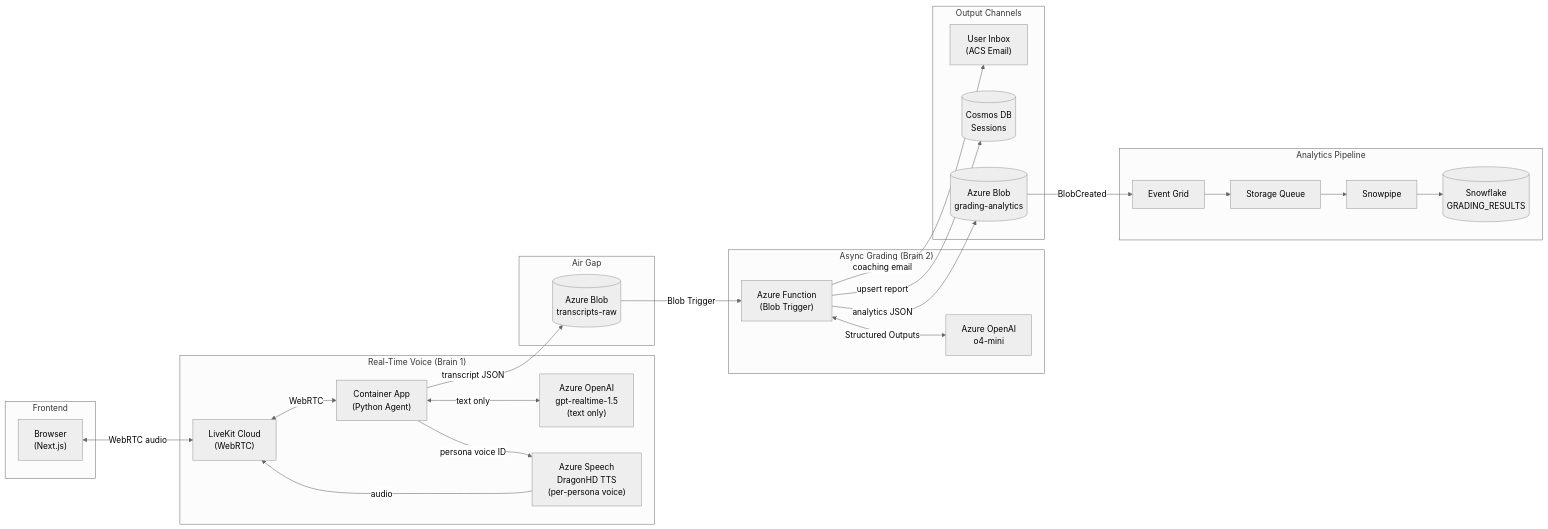
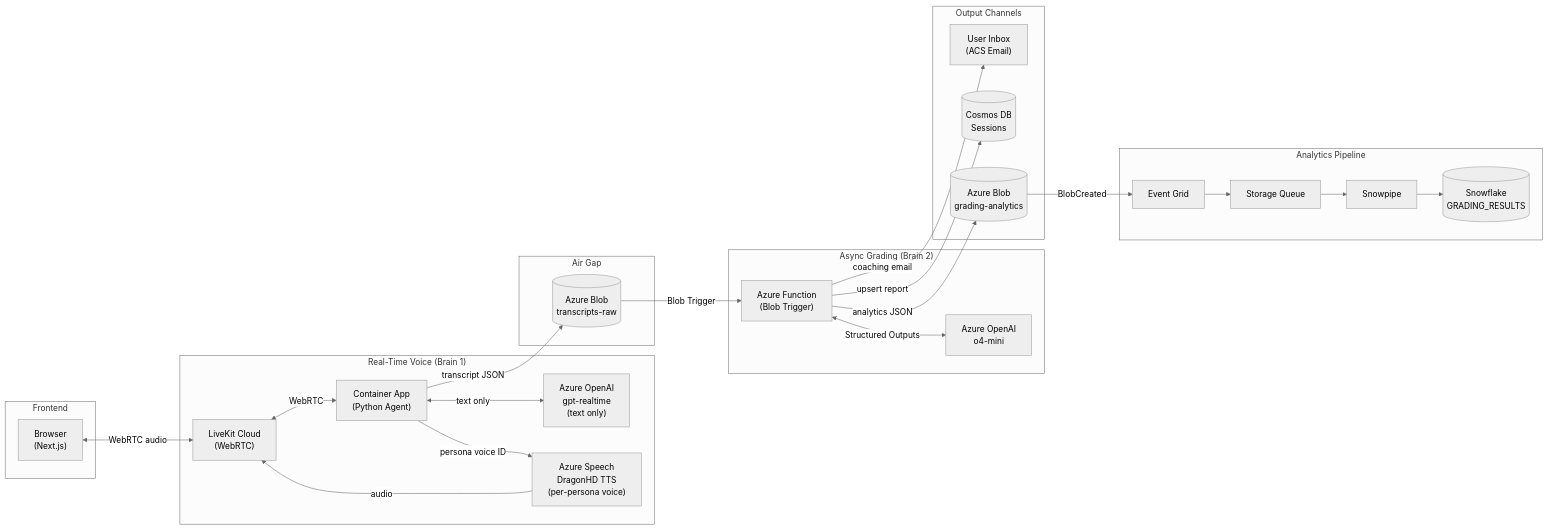
One commit to AIJSAI/pitch-coach-voice-ai-showcase changed the diagram in README.md. Above: the diagram before and after it, drawn with Mermaid (neutral theme). The commit also changed other lines of this file, not shown here.

````diff
--- a/README.md
+++ b/README.md
@@ -26,51 +26,51 @@
 ```mermaid
 flowchart LR
     subgraph Frontend
         User["Browser\n(Next.js)"]
     end
 
     subgraph Voice["Real-Time Voice (Brain 1)"]
         LK["LiveKit Cloud\n(WebRTC)"]
         B1["Container App\n(Python Agent)"]
-        RT["Azure OpenAI\ngpt-realtime-1.5\n(text only)"]
+        RT["Azure OpenAI\ngpt-realtime\n(text only)"]
         TTS["Azure Speech\nDragonHD TTS\n(per-persona voice)"]
     end
 
     subgraph AirGap["Air Gap"]
         Blob[(Azure Blob\ntranscripts-raw)]
     end
 
     subgraph Grading["Async Grading (Brain 2)"]
         B2["Azure Function\n(Blob Trigger)"]
         O4["Azure OpenAI\no4-mini"]
     end
 
     subgraph Output["Output Channels"]
         Email["User Inbox\n(ACS Email)"]
         Cosmos[(Cosmos DB\nSessions)]
         Analytics[(Azure Blob\ngrading-analytics)]
     end
 
     subgraph DP["Analytics Pipeline"]
         EG["Event Grid"]
         SQ["Storage Queue"]
         SP["Snowpipe"]
         SF[("Snowflake\nGRADING_RESULTS")]
     end
 
     User <-->|WebRTC audio| LK
     LK <-->|WebRTC| B1
     B1 <-->|text only| RT
     B1 -->|persona voice ID| TTS
     TTS -->|audio| LK
     B1 -->|transcript JSON| Blob
     Blob -->|Blob Trigger| B2
     B2 <-->|Structured Outputs| O4
     B2 -->|coaching email| Email
     B2 -->|upsert report| Cosmos
     B2 -->|analytics JSON| Analytics
     Analytics -->|BlobCreated| EG
     EG --> SQ
     SQ --> SP
     SP --> SF
 ```
````
